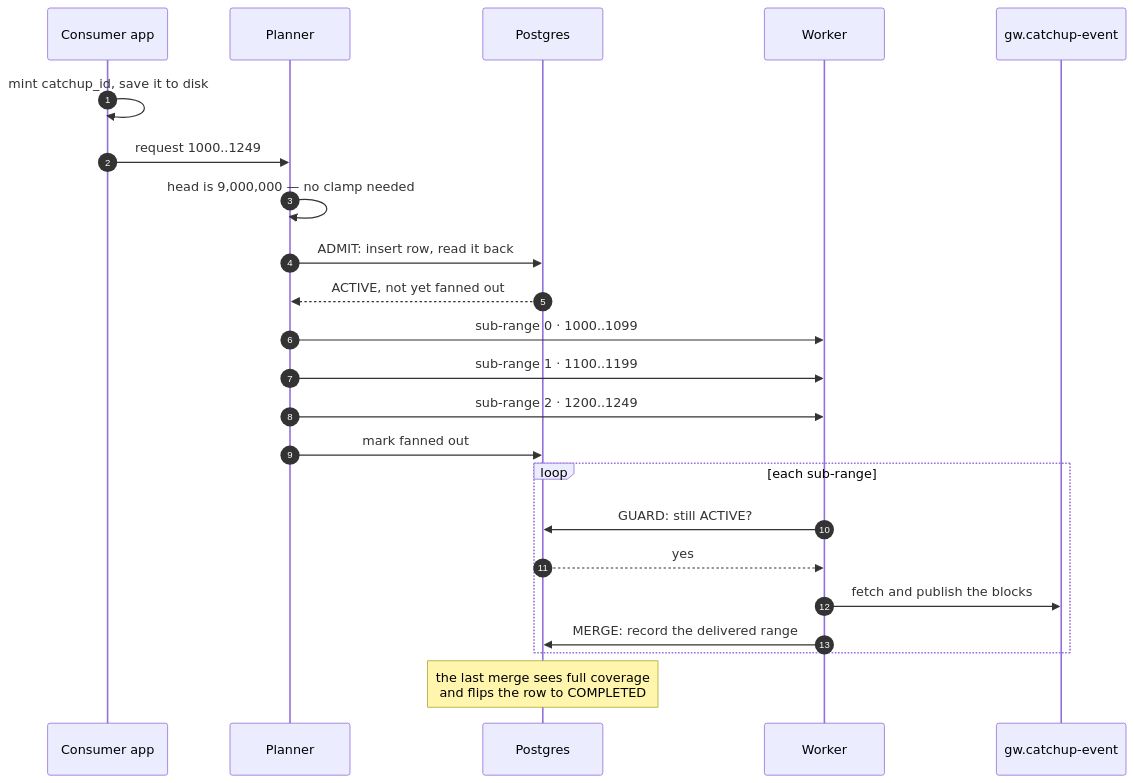
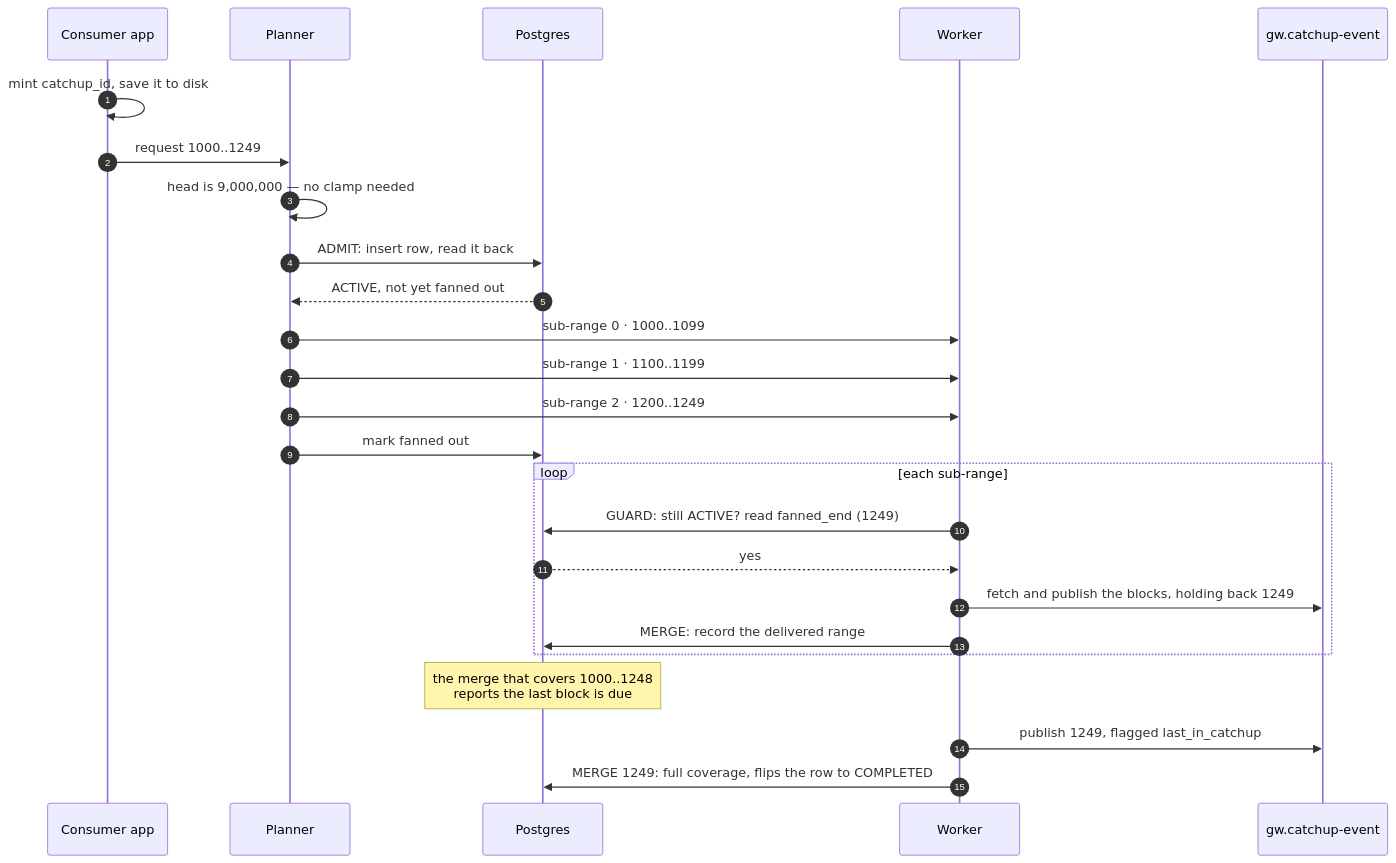
The second of 5 diagrams in listener/docs/catchup_lifecycle.md (zama-ai/fhevm), drawn with Mermaid before and after one commit. The commit also changed other lines of this file and 16 other files, not shown here.

````diff
--- a/listener/docs/catchup_lifecycle.md
+++ b/listener/docs/catchup_lifecycle.md
@@ -74,29 +74,31 @@
 ```mermaid
 sequenceDiagram
     autonumber
     participant APP as Consumer app
     participant ORC as Planner
     participant DB as Postgres
     participant FET as Worker
     participant OUT as gw.catchup-event
 
     APP->>APP: mint catchup_id, save it to disk
     APP->>ORC: request 1000..1249
 
     ORC->>ORC: head is 9,000,000 — no clamp needed
     ORC->>DB: ADMIT: insert row, read it back
     DB-->>ORC: ACTIVE, not yet fanned out
     ORC->>FET: sub-range 0 · 1000..1099
     ORC->>FET: sub-range 1 · 1100..1199
     ORC->>FET: sub-range 2 · 1200..1249
     ORC->>DB: mark fanned out
 
     loop each sub-range
-        FET->>DB: GUARD: still ACTIVE?
+        FET->>DB: GUARD: still ACTIVE? read fanned_end (1249)
         DB-->>FET: yes
-        FET->>OUT: fetch and publish the blocks
+        FET->>OUT: fetch and publish the blocks, holding back 1249
         FET->>DB: MERGE: record the delivered range
     end
 
-    Note over DB: the last merge sees full coverage<br/>and flips the row to COMPLETED
+    Note over DB: the merge that covers 1000..1248<br/>reports the last block is due
+    FET->>OUT: publish 1249, flagged last_in_catchup
+    FET->>DB: MERGE 1249: full coverage, flips the row to COMPLETED
 ```
````
